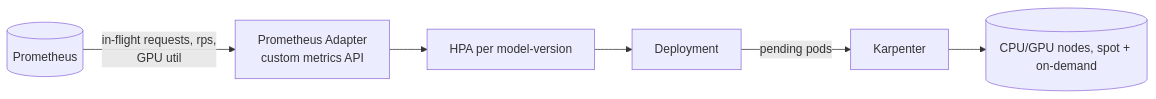
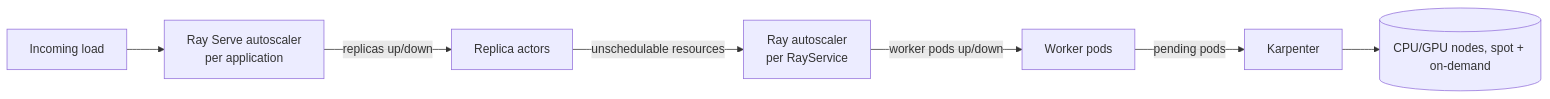
The second of 4 diagrams in docs/DESIGN.md (omegazyadav/cf-assignment), drawn with Mermaid before and after one commit. The commit also changed other lines of this file and 19 other files, not shown here.

````diff
--- a/docs/DESIGN.md
+++ b/docs/DESIGN.md
@@ -83,8 +93,9 @@
 ```mermaid
 flowchart LR
-    prom[(Prometheus)] -->|in-flight requests, rps,<br/>GPU util| adapter[Prometheus Adapter<br/>custom metrics API]
-    adapter --> hpa[HPA per model-version]
-    hpa --> dep[Deployment]
-    dep -->|pending pods| karp[Karpenter]
+    req[Incoming load] --> serve[Ray Serve autoscaler<br/>per application]
+    serve -->|replicas up/down| actors[Replica actors]
+    actors -->|unschedulable resources| ras[Ray autoscaler<br/>per RayService]
+    ras -->|worker pods up/down| pods[Worker pods]
+    pods -->|pending pods| karp[Karpenter]
     karp --> nodes[(CPU/GPU nodes, spot + on-demand)]
 ```
````
